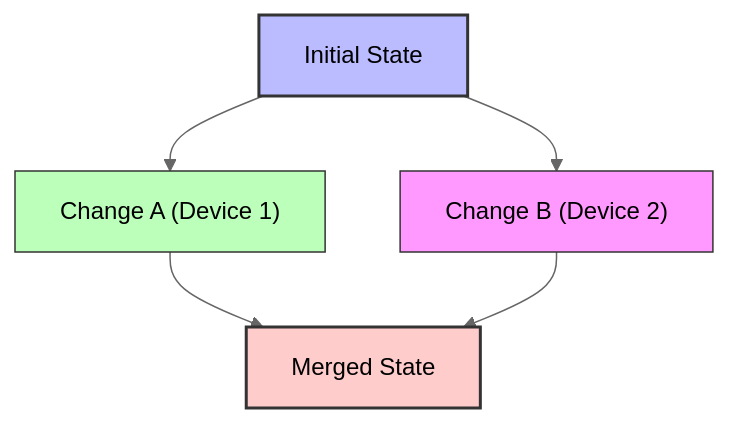
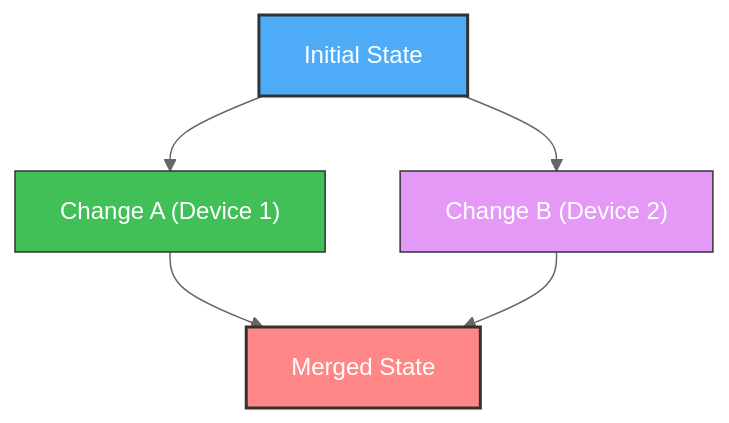
One commit to dialog-db/dialog-db changed the ninth of 11 diagrams in notes/architecture overview.md. Above: the diagram before and after it, drawn with Mermaid (neutral theme). The commit also changed other lines of this file, not shown here.

````diff
--- a/notes/architecture overview.md
+++ b/notes/architecture overview.md
@@ -318,11 +318,11 @@
 ```mermaid
 flowchart TD
     Root["Initial State"] --> A["Change A (Device 1)"] & B["Change B (Device 2)"]
     A --> Merge["Merged State"]
     B --> Merge
 
-    style Root fill:#bbf,stroke:#333,stroke-width:2px
-    style A fill:#bfb,stroke:#333,stroke-width:1px
-    style B fill:#f9f,stroke:#333,stroke-width:1px
-    style Merge fill:#fcc,stroke:#333,stroke-width:2px
+    style Root fill:#4DABF7,stroke:#333,stroke-width:2px,color:#FFFFFF
+    style A fill:#40C057,stroke:#333,stroke-width:1px,color:#FFFFFF
+    style B fill:#E599F7,stroke:#333,stroke-width:1px,color:#FFFFFF
+    style Merge fill:#FF8787,stroke:#333,stroke-width:2px,color:#FFFFFF
 ```
````
